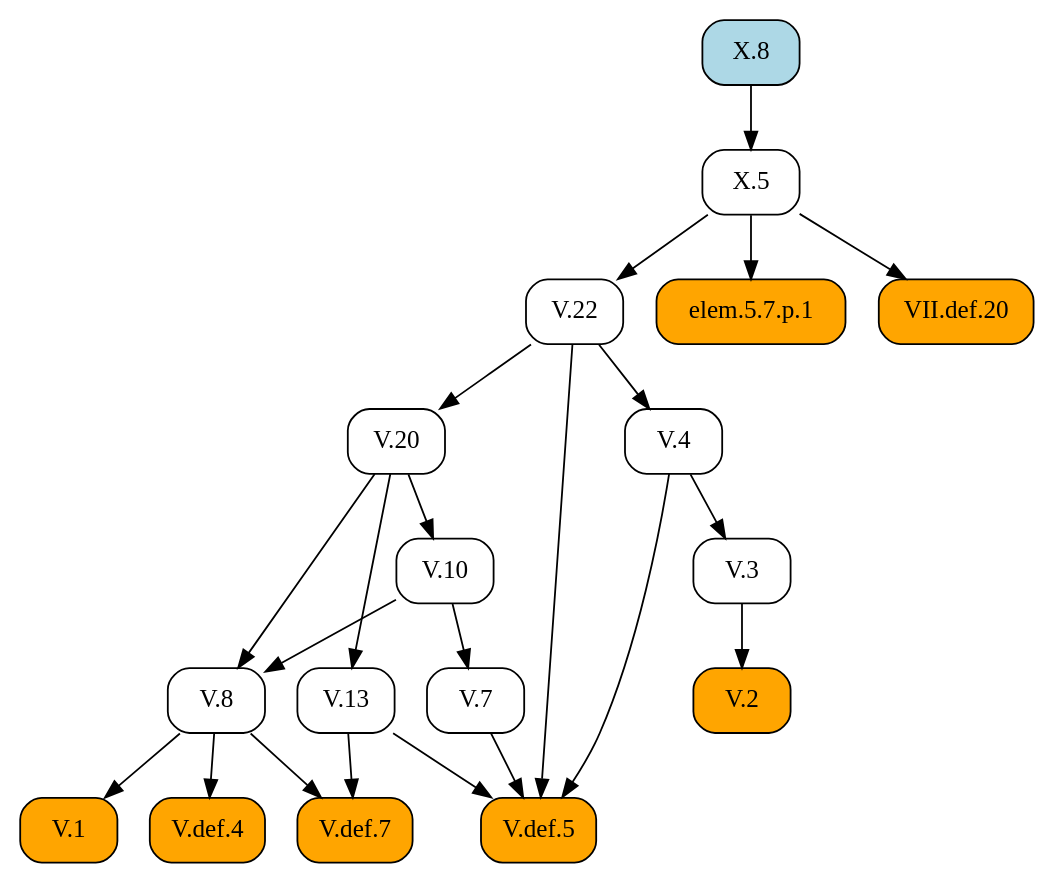
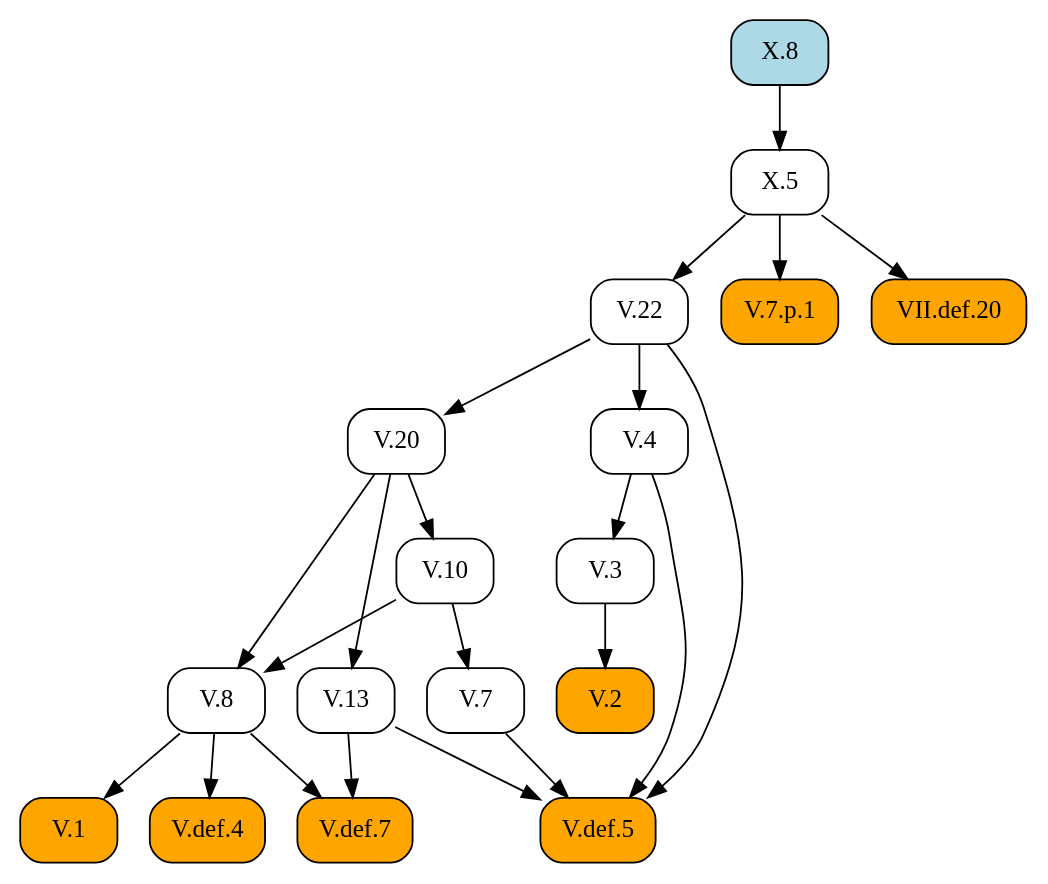
Before and after one commit to geometor/elements: the diagram in docsrc/heath/X/8/index.rst, drawn with Graphviz. The commit also changed 484 other files, not shown here.

```diff
--- a/docsrc/heath/X/8/index.rst
+++ b/docsrc/heath/X/8/index.rst
@@ -30,44 +30,44 @@
 .. graphviz::
 
    digraph {
      rankdir="TB";
      node [shape=box, style=rounded];
-     "V.8" [URL="/heath/V/8/", target="_top"];
-     "V.def.5" [style="rounded,filled", fillcolor=orange, URL="/heath/V/def.5/", target="_top"];
-     "V.22" [URL="/heath/V/22/", target="_top"];
-     "V.4" [URL="/heath/V/4/", target="_top"];
-     "elem.5.7.p.1" [style="rounded,filled", fillcolor=orange];
-     "V.10" [URL="/heath/V/10/", target="_top"];
-     "V.1" [style="rounded,filled", fillcolor=orange, URL="/heath/V/1/", target="_top"];
+     "V.2" [style="rounded,filled", fillcolor=orange, URL="/heath/V/2/", target="_top"];
+     "V.def.7" [style="rounded,filled", fillcolor=orange, URL="/heath/V/def.7/", target="_top"];
      "V.13" [URL="/heath/V/13/", target="_top"];
-     "V.20" [URL="/heath/V/20/", target="_top"];
+     "V.3" [URL="/heath/V/3/", target="_top"];
+     "V.7" [URL="/heath/V/7/", target="_top"];
+     "V.7.p.1" [style="rounded,filled", fillcolor=orange];
      "X.8" [style="rounded,filled", fillcolor=lightblue, URL="/heath/X/8/", target="_top"];
      "X.5" [URL="/heath/X/5/", target="_top"];
-     "V.7" [URL="/heath/V/7/", target="_top"];
+     "V.def.5" [style="rounded,filled", fillcolor=orange, URL="/heath/V/def.5/", target="_top"];
+     "V.8" [URL="/heath/V/8/", target="_top"];
+     "V.10" [URL="/heath/V/10/", target="_top"];
+     "V.4" [URL="/heath/V/4/", target="_top"];
+     "V.22" [URL="/heath/V/22/", target="_top"];
+     "V.1" [style="rounded,filled", fillcolor=orange, URL="/heath/V/1/", target="_top"];
+     "V.20" [URL="/heath/V/20/", target="_top"];
+     "VII.def.20" [style="rounded,filled", fillcolor=orange, URL="/heath/VII/def.20/", target="_top"];
      "V.def.4" [style="rounded,filled", fillcolor=orange, URL="/heath/V/def.4/", target="_top"];
-     "V.2" [style="rounded,filled", fillcolor=orange, URL="/heath/V/2/", target="_top"];
-     "V.3" [URL="/heath/V/3/", target="_top"];
-     "V.def.7" [style="rounded,filled", fillcolor=orange, URL="/heath/V/def.7/", target="_top"];
-     "VII.def.20" [style="rounded,filled", fillcolor=orange, URL="/heath/VII/def.20/", target="_top"];
-     "V.10" -> "V.8";
-     "V.20" -> "V.8";
+     "V.3" -> "V.2";
+     "V.8" -> "V.def.7";
+     "V.13" -> "V.def.7";
+     "V.20" -> "V.13";
+     "V.4" -> "V.3";
+     "V.10" -> "V.7";
+     "X.5" -> "V.7.p.1";
+     "X.8" -> "X.5";
      "V.4" -> "V.def.5";
      "V.7" -> "V.def.5";
      "V.13" -> "V.def.5";
      "V.22" -> "V.def.5";
+     "V.10" -> "V.8";
+     "V.20" -> "V.8";
+     "V.20" -> "V.10";
+     "V.22" -> "V.4";
      "X.5" -> "V.22";
-     "V.22" -> "V.4";
-     "X.5" -> "elem.5.7.p.1";
-     "V.20" -> "V.10";
      "V.8" -> "V.1";
-     "V.20" -> "V.13";
      "V.22" -> "V.20";
-     "X.8" -> "X.5";
-     "V.10" -> "V.7";
+     "X.5" -> "VII.def.20";
      "V.8" -> "V.def.4";
-     "V.3" -> "V.2";
-     "V.4" -> "V.3";
-     "V.8" -> "V.def.7";
-     "V.13" -> "V.def.7";
-     "X.5" -> "VII.def.20";
    }
```
